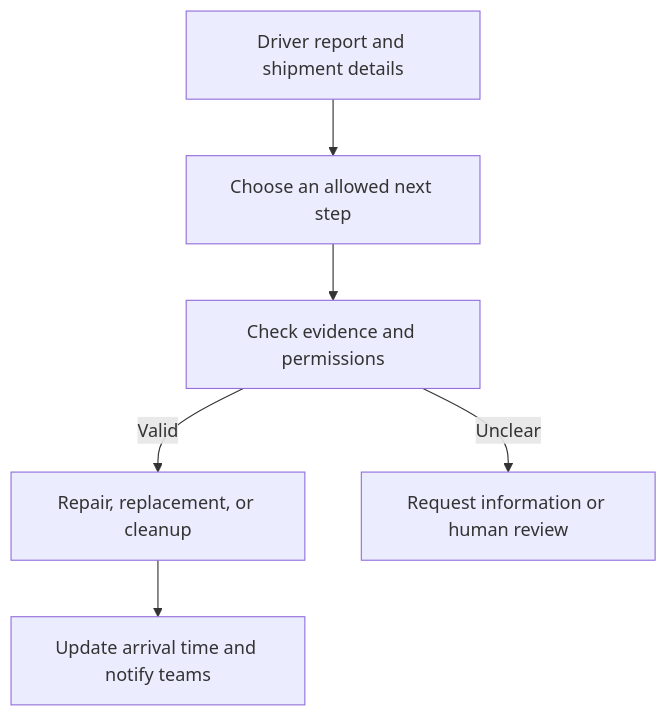
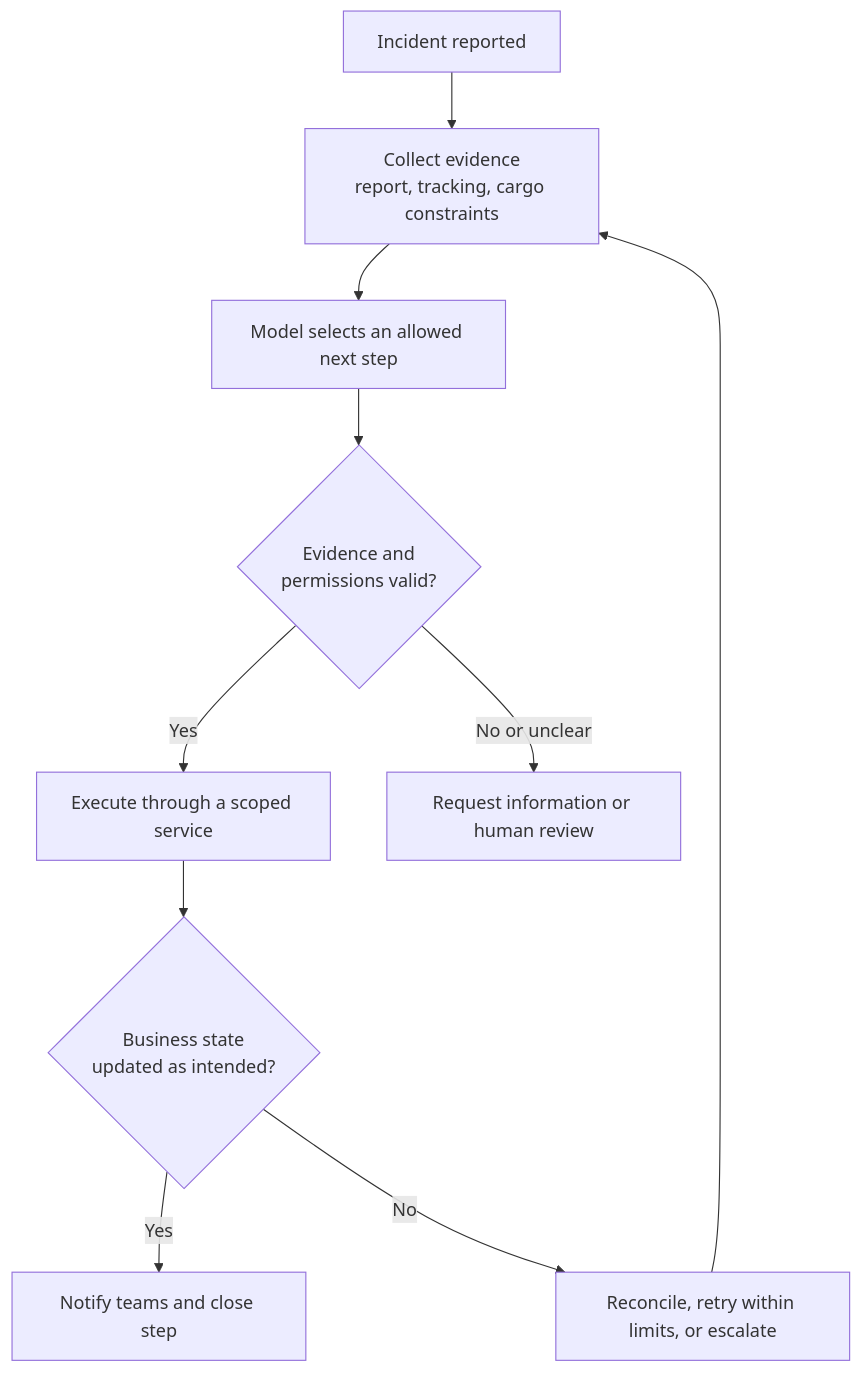
One commit to shivambats/portfolio changed the third of 6 diagrams in posts/ai-agents-in-operations-first-principles.md. Above: the diagram before and after it, drawn with Mermaid. The commit also changed other lines of this file, not shown here.

````diff
--- a/posts/ai-agents-in-operations-first-principles.md
+++ b/posts/ai-agents-in-operations-first-principles.md
@@ -96,8 +100,12 @@
 ```mermaid
 flowchart TD
-    A["Driver report and shipment details"] --> B["Choose an allowed next step"]
-    B --> C["Check evidence and permissions"]
-    C -->|Valid| D["Repair, replacement, or cleanup"]
-    C -->|Unclear| E["Request information or human review"]
-    D --> F["Update arrival time and notify teams"]
+    A["Incident reported"] --> B["Collect evidence\nreport, tracking, cargo constraints"]
+    B --> C["Model selects an allowed next step"]
+    C --> D{"Evidence and\npermissions valid?"}
+    D -->|Yes| E["Execute through a scoped service"]
+    D -->|No or unclear| F["Request information or human review"]
+    E --> G{"Business state\nupdated as intended?"}
+    G -->|Yes| H["Notify teams and close step"]
+    G -->|No| I["Reconcile, retry within limits, or escalate"]
+    I --> B
 ```
````
